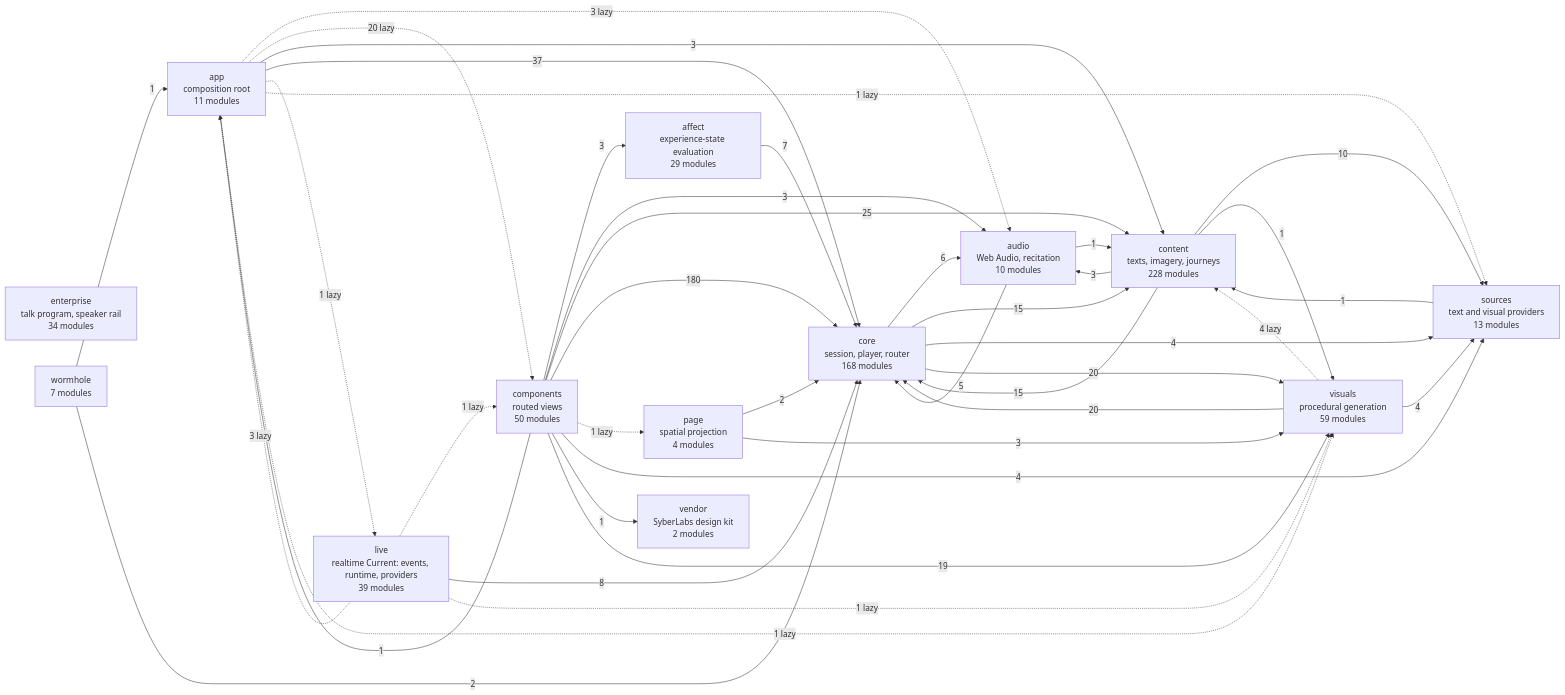
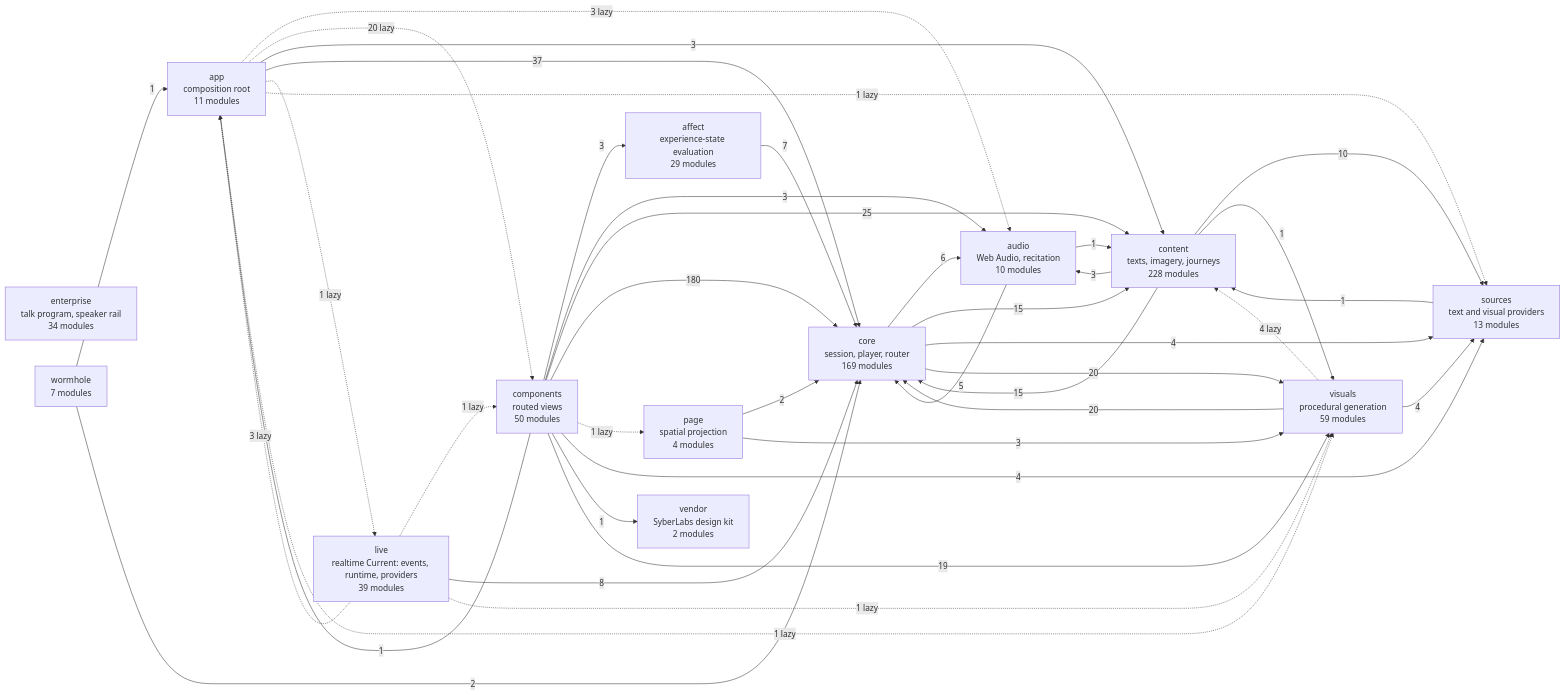
Before and after one commit to SyberLabs/RISE: the diagram in docs/specs/ARCHITECTURE.md, drawn with Mermaid. The commit also changed 2 other files, not shown here.

Commit message:
Make Today a real route row at its public path

````diff
--- a/docs/specs/ARCHITECTURE.md
+++ b/docs/specs/ARCHITECTURE.md
@@ -151,56 +151,56 @@
 ```mermaid
 flowchart LR
     affect["affect<br/>experience-state evaluation<br/>29 modules"]
     app["app<br/>composition root<br/>11 modules"]
     audio["audio<br/>Web Audio, recitation<br/>10 modules"]
     components["components<br/>routed views<br/>50 modules"]
     content["content<br/>texts, imagery, journeys<br/>228 modules"]
-    core["core<br/>session, player, router<br/>168 modules"]
+    core["core<br/>session, player, router<br/>169 modules"]
     enterprise["enterprise<br/>talk program, speaker rail<br/>34 modules"]
     live["live<br/>realtime Current: events, runtime, providers<br/>39 modules"]
     page["page<br/>spatial projection<br/>4 modules"]
     sources["sources<br/>text and visual providers<br/>13 modules"]
     vendor["vendor<br/>SyberLabs design kit<br/>2 modules"]
     visuals["visuals<br/>procedural generation<br/>59 modules"]
     wormhole["wormhole<br/>7 modules"]
 
     affect --> |7| core
     app -.-> |3 lazy| audio
     app -.-> |20 lazy| components
     app --> |3| content
     app --> |37| core
     app -.-> |1 lazy| live
     app -.-> |1 lazy| sources
     app -.-> |1 lazy| visuals
     audio --> |1| content
     audio --> |5| core
     components --> |3| affect
     components --> |1| app
     components --> |3| audio
     components --> |25| content
     components --> |180| core
     components -.-> |1 lazy| page
     components --> |4| sources
     components --> |1| vendor
     components --> |19| visuals
     content --> |3| audio
     content --> |15| core
     content --> |10| sources
     content --> |1| visuals
     core --> |6| audio
     core --> |15| content
     core --> |4| sources
     core --> |20| visuals
     live -.-> |3 lazy| app
     live -.-> |1 lazy| components
     live --> |8| core
     live -.-> |1 lazy| visuals
     page --> |2| core
     page --> |3| visuals
     sources --> |1| content
     visuals -.-> |4 lazy| content
     visuals --> |20| core
     visuals --> |4| sources
     wormhole --> |1| app
     wormhole --> |2| core
 ```
````
